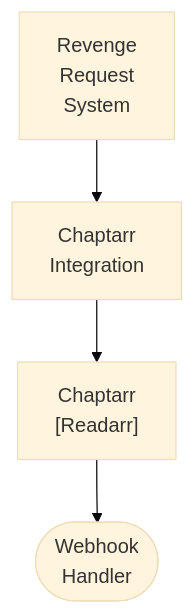
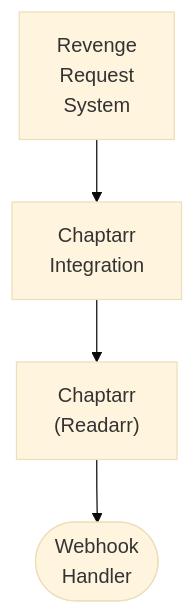
Before and after one commit to lusoris/revenge: the diagram in docs/dev/design/integrations/servarr/CHAPTARR.md, drawn with Mermaid (base theme). The commit also changed 210 other files, not shown here.

First line of the commit message:
fix(docs): Use quoted labels in Mermaid to preserve parentheses

````diff
--- a/docs/dev/design/integrations/servarr/CHAPTARR.md
+++ b/docs/dev/design/integrations/servarr/CHAPTARR.md
@@ -59,10 +59,10 @@
 ```mermaid
 flowchart TD
     node1["Revenge<br/>Request<br/>System"]
     node2["Chaptarr<br/>Integration"]
-    node3["Chaptarr<br/>[Readarr]"]
-    node4([Webhook<br/>Handler])
+    node3["Chaptarr<br/>(Readarr)"]
+    node4(["Webhook<br/>Handler"])
     node1 --> node2
     node2 --> node3
     node3 --> node4
 ```
````
